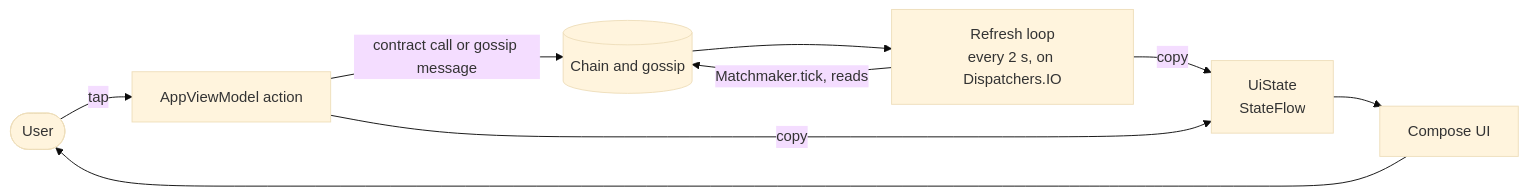
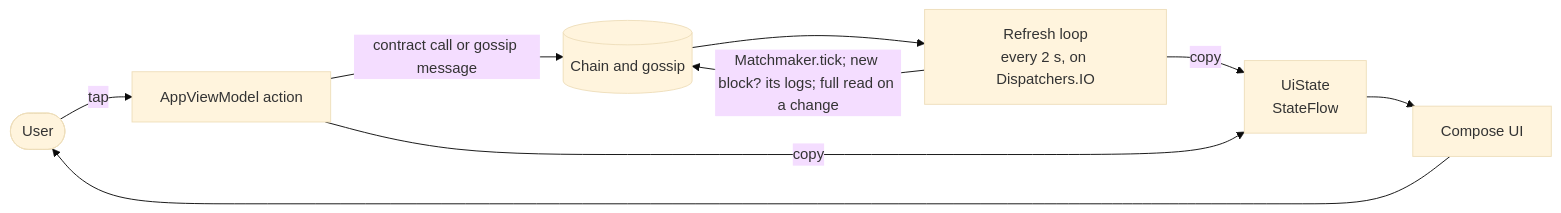
One commit to MuriloSchaefer/klippelgo changed the second of 3 diagrams in apps/docs/overview.md. Above: the diagram before and after it, drawn with Mermaid (base theme). The commit also changed other lines of this file and 83 other files, not shown here.

````diff
--- a/apps/docs/overview.md
+++ b/apps/docs/overview.md
@@ -69,11 +78,11 @@
 ```mermaid
 flowchart LR
     user([User]) -- tap --> action[AppViewModel action]
     action -- contract call or gossip message --> world[(Chain and gossip)]
-    loop[Refresh loop<br/>every 2 s, on Dispatchers.IO] -- Matchmaker.tick, reads --> world
+    loop[Refresh loop<br/>every 2 s, on Dispatchers.IO] -- "Matchmaker.tick; new block? its logs; full read on a change" --> world
     world --> loop
     loop -- copy --> state[UiState<br/>StateFlow]
     action -- copy --> state
     state --> ui[Compose UI]
     ui --> user
 ```
````
